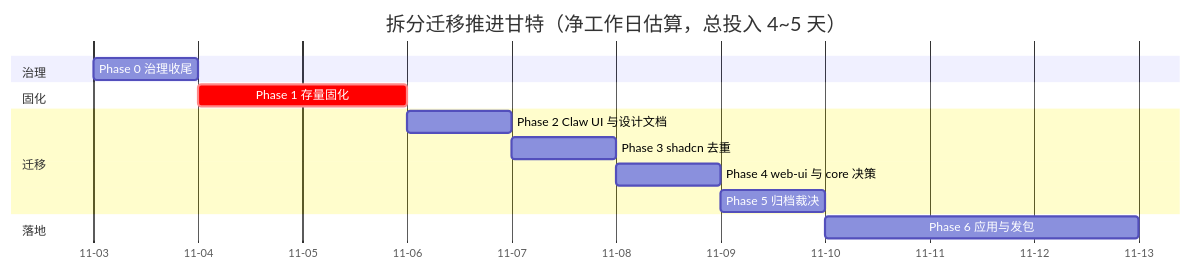
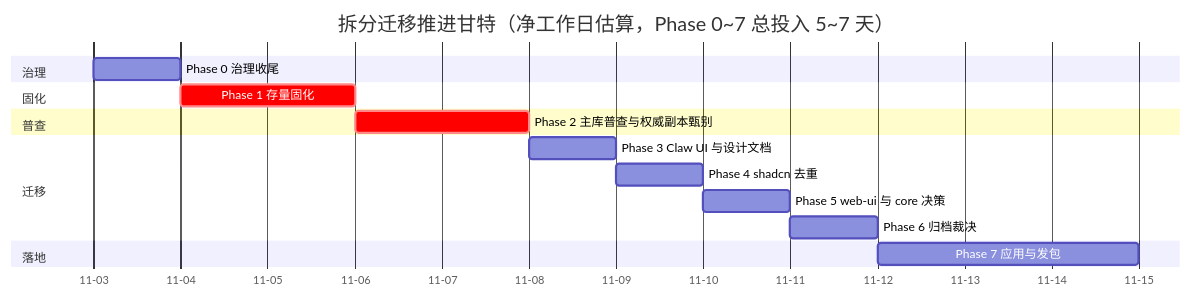
Before and after one commit to YYC-Cube/YYC3-Component-Library: the second of 6 diagrams in docs/YYC3-项目组件-拆分规范/YYC3-组件拆分-推进流程图.md, drawn with Mermaid. The commit also changed other lines of this file and 2 other files, not shown here.

````diff
--- a/docs/YYC3-项目组件-拆分规范/YYC3-组件拆分-推进流程图.md
+++ b/docs/YYC3-项目组件-拆分规范/YYC3-组件拆分-推进流程图.md
@@ -106,17 +117,19 @@
 ```mermaid
 gantt
-    title 拆分迁移推进甘特（净工作日估算，总投入 4~5 天）
+    title 拆分迁移推进甘特（净工作日估算，Phase 0~7 总投入 5~7 天）
     dateFormat YYYY-MM-DD
     axisFormat %m-%d
     section 治理
     Phase 0 治理收尾 :p0, 2026-11-03, 1d
     section 固化
     Phase 1 存量固化 :crit, p1, after p0, 2d
+    section 普查
+    Phase 2 主库普查与权威副本甄别 :crit, p2, after p1, 2d
     section 迁移
-    Phase 2 Claw UI 与设计文档 :p2, after p1, 1d
-    Phase 3 shadcn 去重 :p3, after p2, 1d
-    Phase 4 web-ui 与 core 决策 :p4, after p3, 1d
-    Phase 5 归档裁决 :p5, after p4, 1d
+    Phase 3 Claw UI 与设计文档 :p3, after p2, 1d
+    Phase 4 shadcn 去重 :p4, after p3, 1d
+    Phase 5 web-ui 与 core 决策 :p5, after p4, 1d
+    Phase 6 归档裁决 :p6, after p5, 1d
     section 落地
-    Phase 6 应用与发包 :p6, after p5, 3d
+    Phase 7 应用与发包 :p7, after p6, 3d
 ```
````
